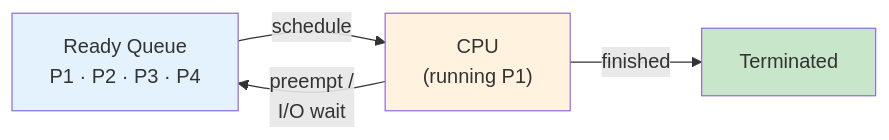
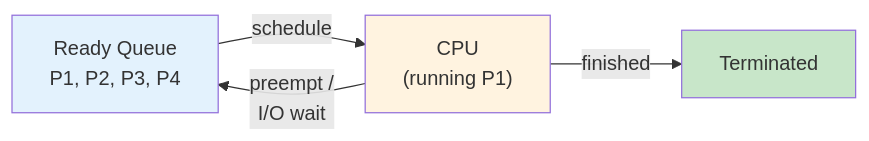
The fifth of 8 diagrams in Lecture-Notes/Week01_Introduction-to-Operating-Systems/Concepts_Lecture.ko.md (Choroning/26Spring_Operating-Systems), drawn with Mermaid before and after one commit. The commit also changed other lines of this file and 45 other files, not shown here.

````diff
--- a/Lecture-Notes/Week01_Introduction-to-Operating-Systems/Concepts_Lecture.ko.md
+++ b/Lecture-Notes/Week01_Introduction-to-Operating-Systems/Concepts_Lecture.ko.md
@@ -316,9 +316,9 @@
 ```mermaid
 graph LR
-    RQ["Ready Queue<br/>P1 · P2 · P3 · P4"] -->|"schedule"| CPU["CPU<br/>(running P1)"]
+    RQ["Ready Queue<br/>P1, P2, P3, P4"] -->|"schedule"| CPU["CPU<br/>(running P1)"]
     CPU -->|"preempt /<br/>I/O wait"| RQ
     CPU -->|"finished"| DONE["Terminated"]
     style RQ fill:#e3f2fd
     style CPU fill:#fff3e0
     style DONE fill:#c8e6c9
 ```
````
